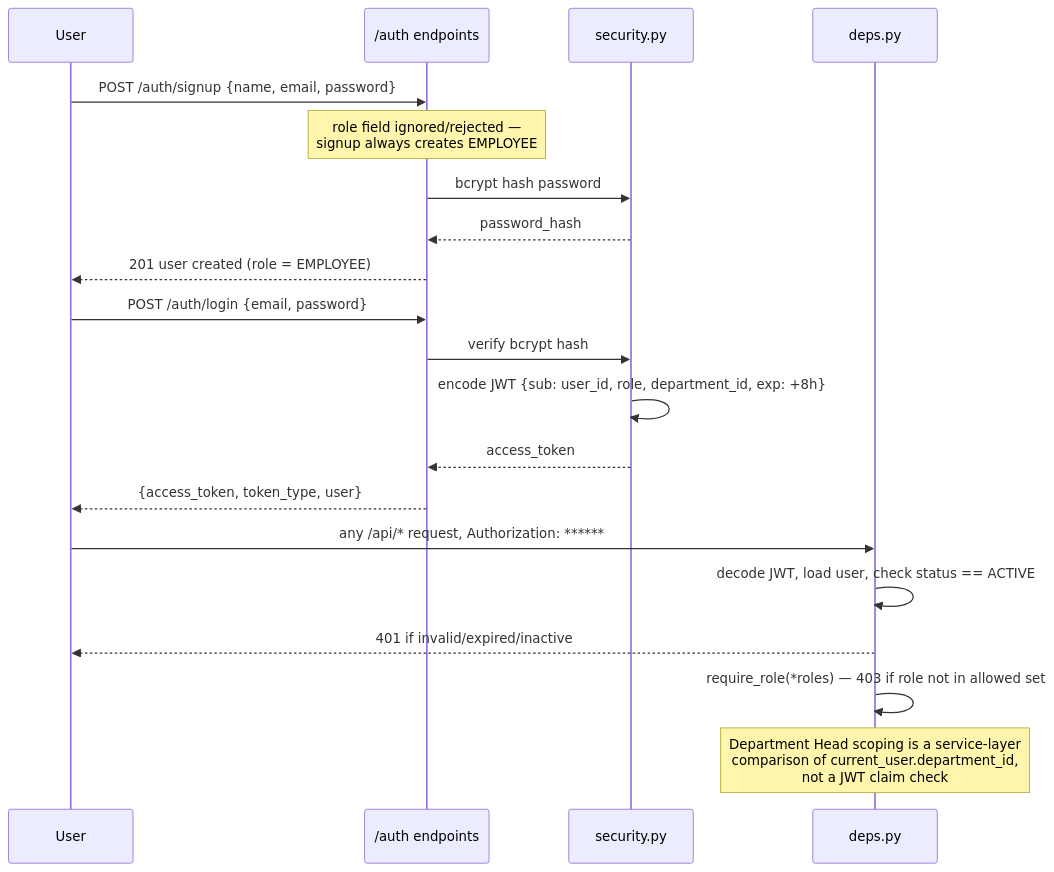
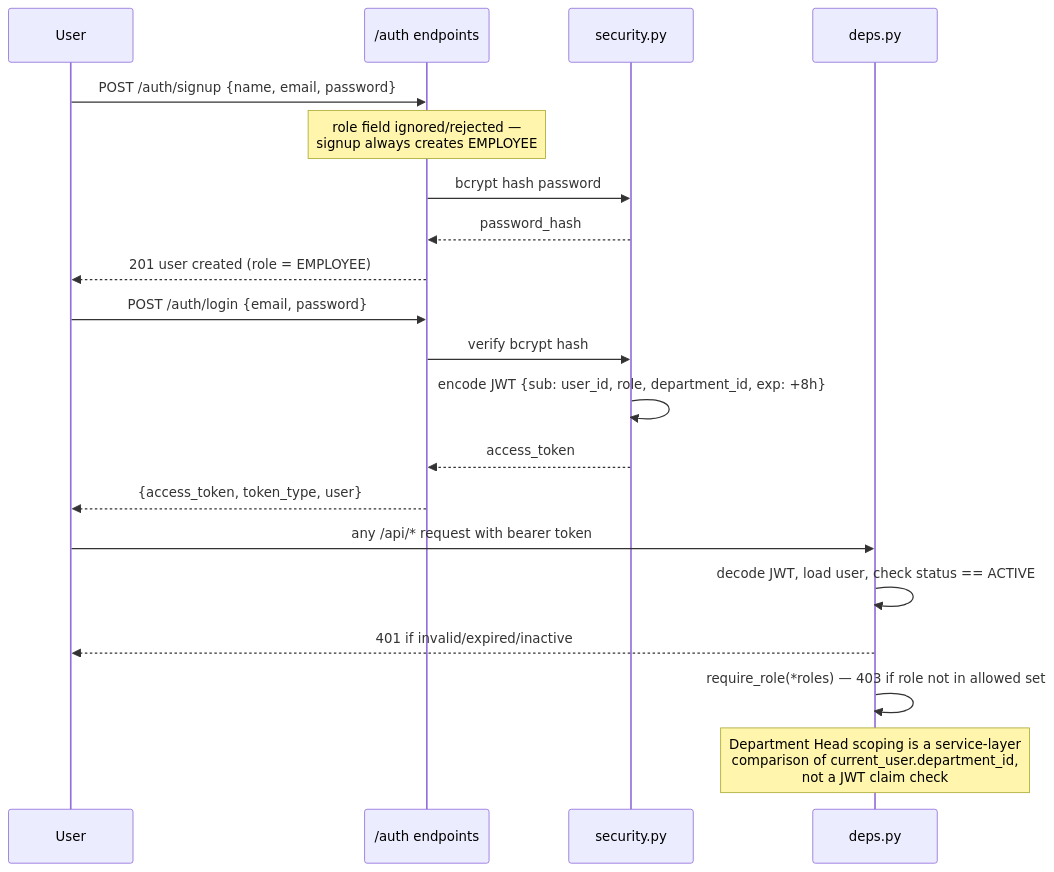
One commit to isha0419/odoo-hackathon-project changed the fourth of 10 diagrams in README.md. Above: the diagram before and after it, drawn with Mermaid. The commit also changed other lines of this file, not shown here.

Commit message:
Fix README Mermaid parse issue and remove section 7

````diff
--- a/README.md
+++ b/README.md
@@ -405,25 +406,25 @@
 ```mermaid
 sequenceDiagram
     participant U as User
     participant Auth as /auth endpoints
     participant Sec as security.py
     participant Dep as deps.py
 
     U->>Auth: POST /auth/signup {name, email, password}
     Note over Auth: role field ignored/rejected —<br/>signup always creates EMPLOYEE
     Auth->>Sec: bcrypt hash password
     Sec-->>Auth: password_hash
     Auth-->>U: 201 user created (role = EMPLOYEE)
 
     U->>Auth: POST /auth/login {email, password}
     Auth->>Sec: verify bcrypt hash
     Sec->>Sec: encode JWT {sub: user_id, role, department_id, exp: +8h}
     Sec-->>Auth: access_token
     Auth-->>U: {access_token, token_type, user}
 
-    U->>Dep: any /api/* request, Authorization: ******
+    U->>Dep: any /api/* request with bearer token
     Dep->>Dep: decode JWT, load user, check status == ACTIVE
     Dep-->>U: 401 if invalid/expired/inactive
     Dep->>Dep: require_role(*roles) — 403 if role not in allowed set
     Note over Dep: Department Head scoping is a service-layer<br/>comparison of current_user.department_id,<br/>not a JWT claim check
 ```
````
